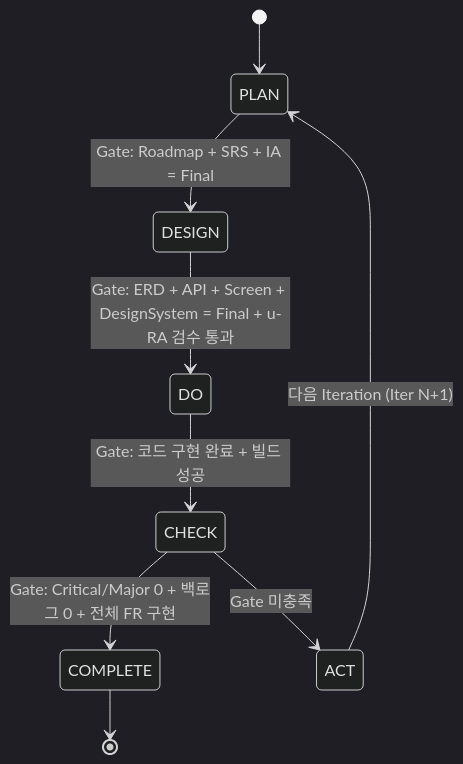
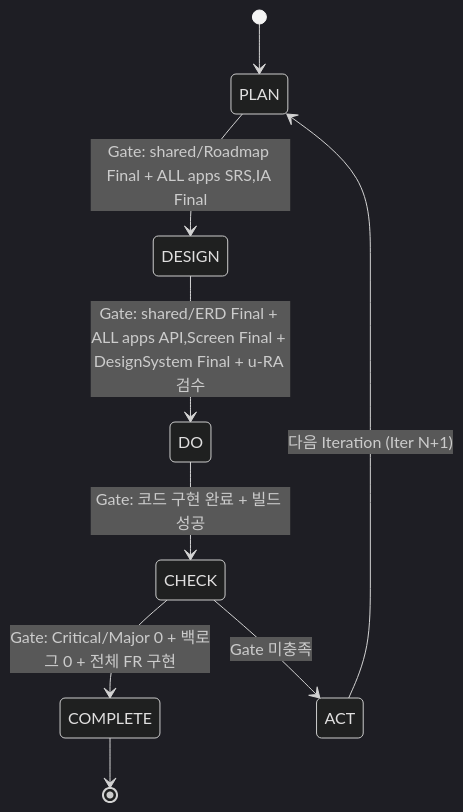
Before and after one commit to upleat-ax/u-maker-plugin: the first of 2 diagrams in skills/u-ssot/SKILL.md, drawn with Mermaid (dark theme). The commit also changed other lines of this file and 35 other files, not shown here.

````diff
--- a/skills/u-ssot/SKILL.md
+++ b/skills/u-ssot/SKILL.md
@@ -299,11 +329,11 @@
 ```mermaid
 stateDiagram-v2
     [*] --> PLAN
-    PLAN --> DESIGN : Gate: Roadmap + SRS + IA = Final
-    DESIGN --> DO : Gate: ERD + API + Screen + DesignSystem = Final + u-RA 검수 통과
+    PLAN --> DESIGN : Gate: shared/Roadmap Final + ALL apps SRS,IA Final
+    DESIGN --> DO : Gate: shared/ERD Final + ALL apps API,Screen Final + DesignSystem Final + u-RA 검수
     DO --> CHECK : Gate: 코드 구현 완료 + 빌드 성공
     CHECK --> COMPLETE : Gate: Critical/Major 0 + 백로그 0 + 전체 FR 구현
     CHECK --> ACT : Gate 미충족
     ACT --> PLAN : 다음 Iteration (Iter N+1)
     COMPLETE --> [*]
 ```
````
